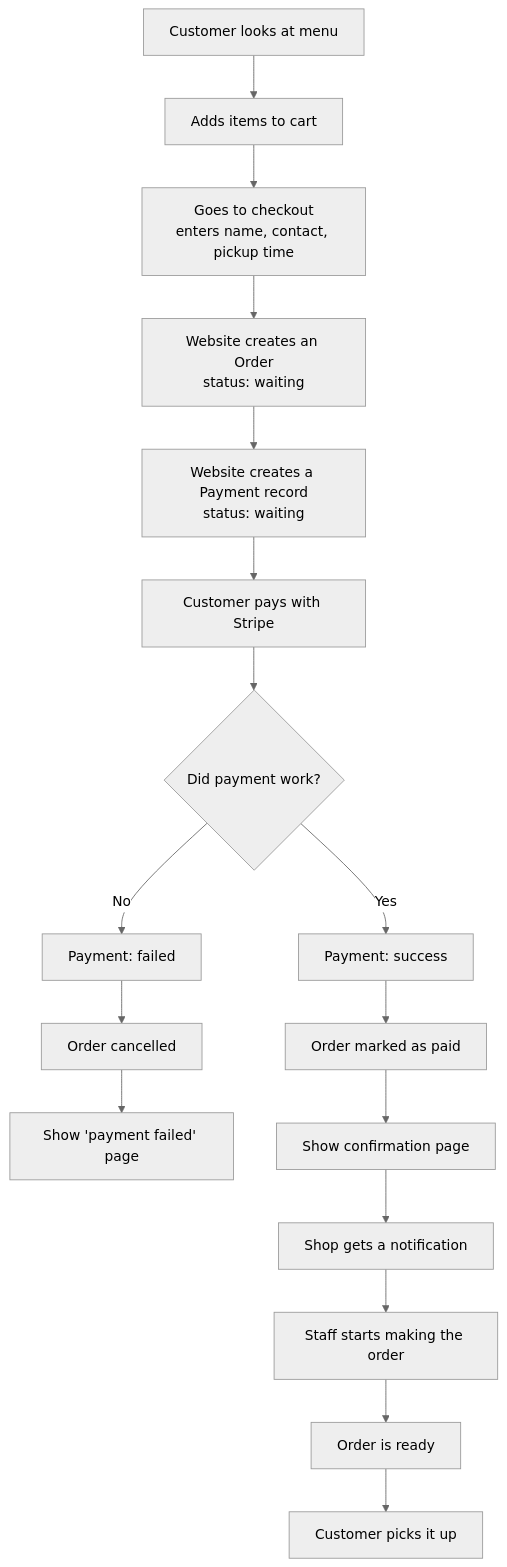
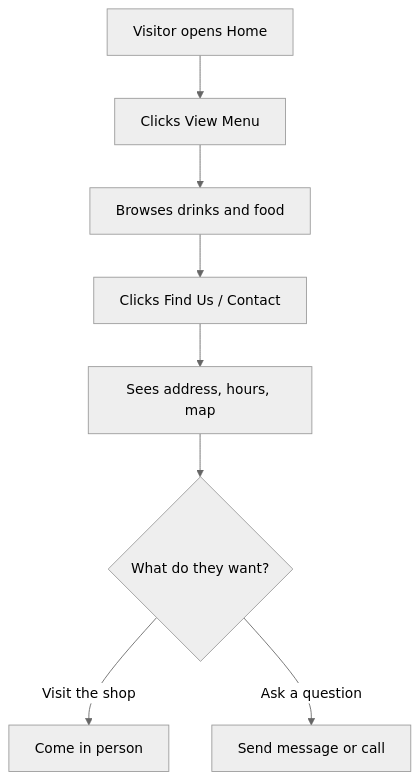
One commit to Minthawphyo/cp3402-2026-teamCharlie changed the first of 3 diagrams in workflow.md. Above: the diagram before and after it, drawn with Mermaid (neutral theme). The commit also changed other lines of this file and 1 other file, not shown here.

````diff
--- a/workflow.md
+++ b/workflow.md
@@ -91,21 +42,10 @@
 ```mermaid
 flowchart TD
-  A[Customer looks at menu] --> B[Adds items to cart]
-  B --> C[Goes to checkout<br/>enters name, contact, pickup time]
-  C --> D[Website creates an Order<br/>status: waiting]
-  D --> E[Website creates a Payment record<br/>status: waiting]
-  E --> F[Customer pays with Stripe]
-
-  F --> H{Did payment work?}
-  H -->|Yes| I[Payment: success]
-  H -->|No| J[Payment: failed]
-  J --> K[Order cancelled]
-  K --> L[Show 'payment failed' page]
-
-  I --> M[Order marked as paid]
-  M --> N[Show confirmation page]
-  N --> O[Shop gets a notification]
-  O --> P[Staff starts making the order]
-  P --> Q[Order is ready]
-  Q --> R[Customer picks it up]
+  A[Visitor opens Home] --> B[Clicks View Menu]
+  B --> C[Browses drinks and food]
+  C --> D[Clicks Find Us / Contact]
+  D --> E[Sees address, hours, map]
+  E --> F{What do they want?}
+  F -->|Visit the shop| G[Come in person]
+  F -->|Ask a question| H[Send message or call]
 ```
````
